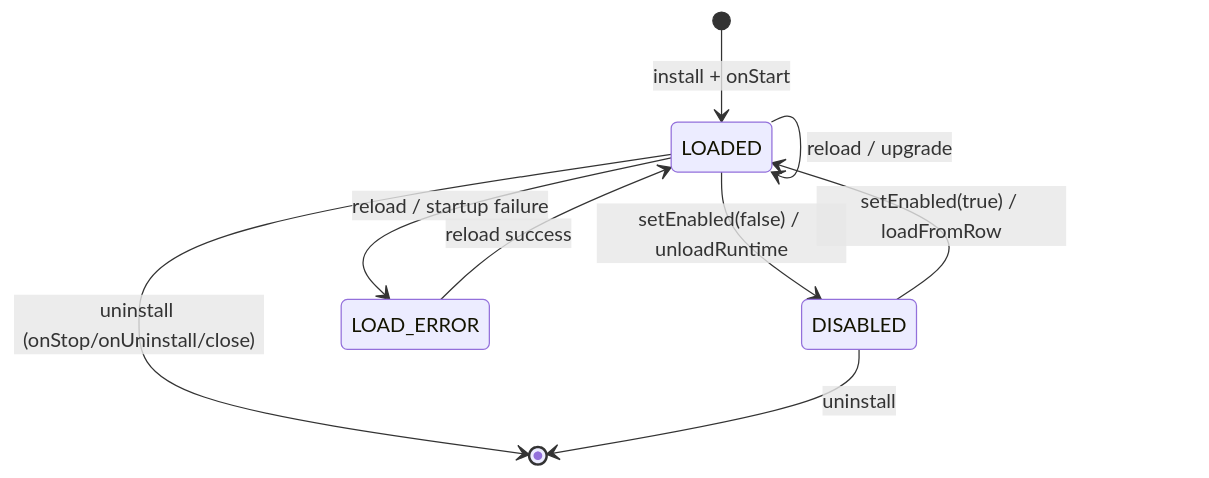
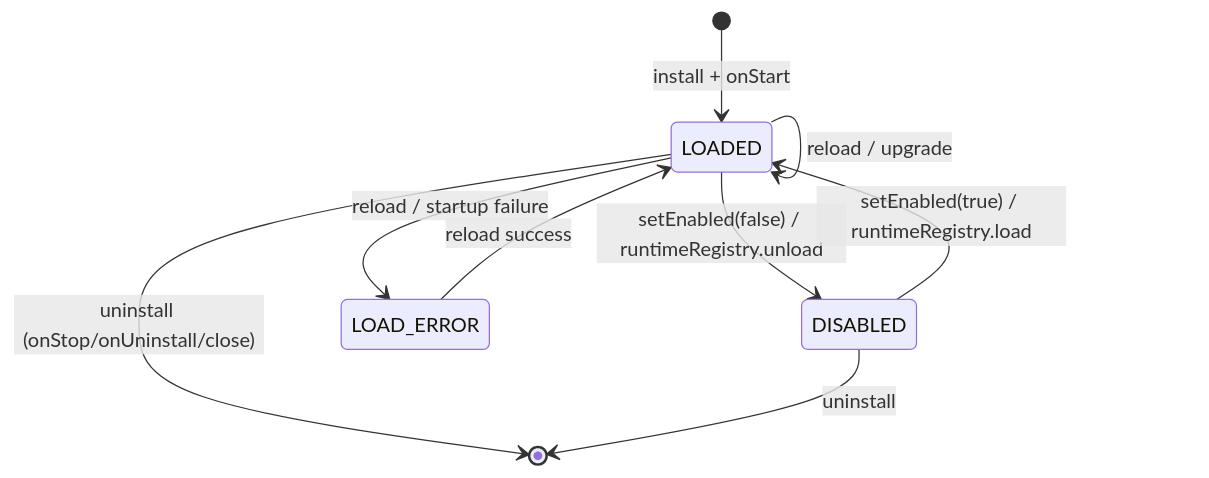
Before and after one commit to FatttSnake/api-management: the seventh of 8 diagrams in docs/plugin-platform_zh.md, drawn with Mermaid. The commit also changed other lines of this file and 39 other files, not shown here.

````diff
--- a/docs/plugin-platform_zh.md
+++ b/docs/plugin-platform_zh.md
@@ -441,11 +438,11 @@
 ```mermaid
 stateDiagram-v2
     [*] --> LOADED: install + onStart
-    LOADED --> DISABLED: setEnabled(false) / unloadRuntime
-    DISABLED --> LOADED: setEnabled(true) / loadFromRow
+    LOADED --> DISABLED: setEnabled(false) / runtimeRegistry.unload
+    DISABLED --> LOADED: setEnabled(true) / runtimeRegistry.load
     LOADED --> LOADED: reload / upgrade
     LOADED --> LOAD_ERROR: reload / startup failure
     LOAD_ERROR --> LOADED: reload success
     LOADED --> [*]: uninstall (onStop/onUninstall/close)
     DISABLED --> [*]: uninstall
 ```
````
